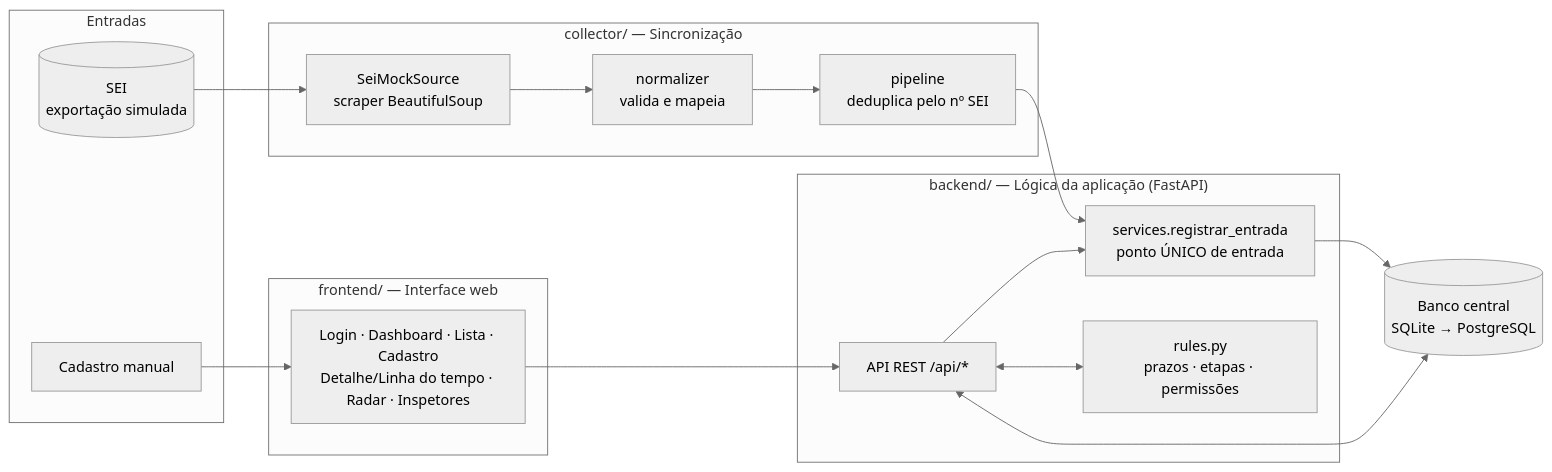
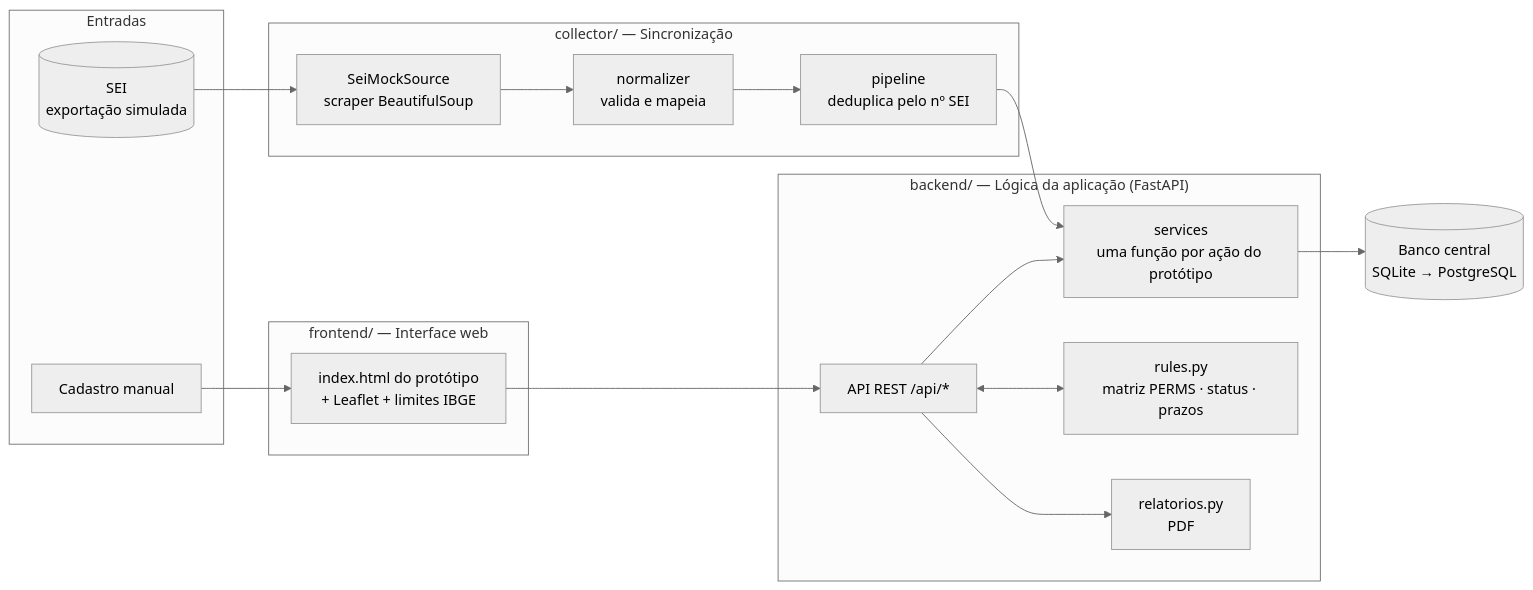
The first of 3 diagrams in docs/arquitetura.md (lucasdeSrodrigues/VISAT-Manager), drawn with Mermaid (neutral theme) before and after one commit. The commit also changed other lines of this file and 4 other files, not shown here.

````diff
--- a/docs/arquitetura.md
+++ b/docs/arquitetura.md
@@ -5,25 +5,25 @@
 ```mermaid
 flowchart LR
     subgraph Entradas
         SEI[(SEI<br/>exportação simulada)]
         MAN[Cadastro manual]
     end
     subgraph Coletor["collector/ — Sincronização"]
         SRC[SeiMockSource<br/>scraper BeautifulSoup] --> NORM[normalizer<br/>valida e mapeia] --> PIPE[pipeline<br/>deduplica pelo nº SEI]
     end
     subgraph Backend["backend/ — Lógica da aplicação (FastAPI)"]
-        SVC[services.registrar_entrada<br/>ponto ÚNICO de entrada]
-        RULES[rules.py<br/>prazos · etapas · permissões]
+        SVC[services<br/>uma função por ação do protótipo]
+        RULES[rules.py<br/>matriz PERMS · status · prazos]
+        REL[relatorios.py<br/>PDF]
         API[API REST /api/*]
     end
     DB[(Banco central<br/>SQLite → PostgreSQL)]
     subgraph Frontend["frontend/ — Interface web"]
-        UI[Login · Dashboard · Lista · Cadastro<br/>Detalhe/Linha do tempo · Radar · Inspetores]
+        UI[index.html do protótipo<br/>+ Leaflet + limites IBGE]
     end
     SEI --> SRC
     PIPE --> SVC
-    MAN --> UI --> API --> SVC
-    SVC --> DB
+    MAN --> UI --> API --> SVC --> DB
     API <--> RULES
-    API <--> DB
+    API --> REL
 ```
````
